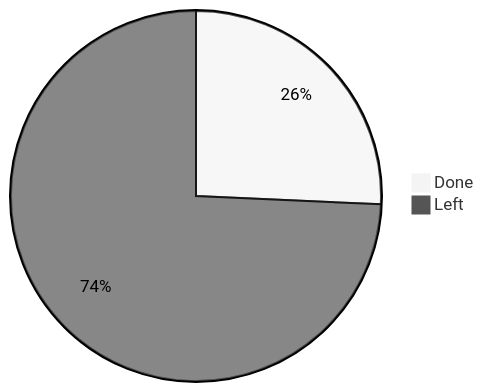
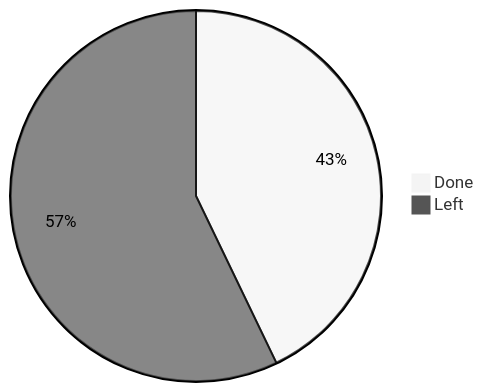
The second of 5 diagrams in docs/index.md (namanaggarwal76/cses_solutions), drawn with Mermaid (neutral theme) before and after one commit. The commit also changed other lines of this file and 51 other files, not shown here.

Commit message:
add some graph problems

````diff
--- a/docs/index.md
+++ b/docs/index.md
@@ -15,5 +15,5 @@
 ```mermaid
 pie
-    "Done" : 9
-    "Left" : 26
+    "Done" : 15
+    "Left" : 20
 ```
````
